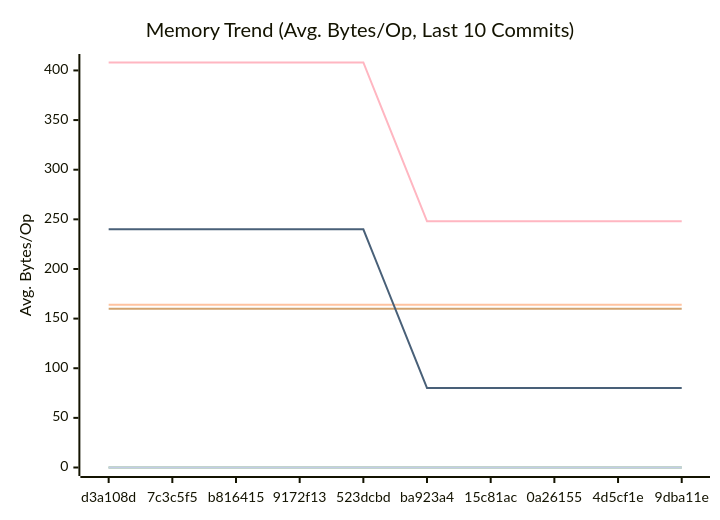
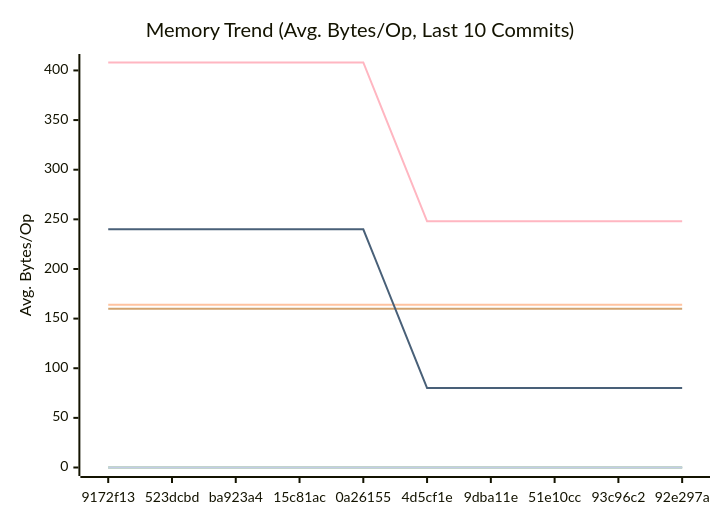
Before and after one commit to alsotoes/momo: the second of 3 diagrams in docs/PERFORMANCE.md, drawn with Mermaid. The commit also changed other lines of this file and 2 other files, not shown here.

````diff
--- a/docs/PERFORMANCE.md
+++ b/docs/PERFORMANCE.md
@@ -97,16 +97,16 @@
 ```mermaid
 xychart-beta
     title "Memory Trend (Avg. Bytes/Op, Last 10 Commits)"
     x-axis "Commit"
     y-axis "Avg. Bytes/Op"
-    x-axis [d3a108d,7c3c5f5,b816415,9172f13,523dcbd,ba923a4,15c81ac,0a26155,4d5cf1e,9dba11e]
+    x-axis [9172f13,523dcbd,ba923a4,15c81ac,0a26155,4d5cf1e,9dba11e,51e10cc,93c96c2,92e297a]
     line "CheckMetricsAndSwap" [0,0,0,0,0,0,0,0,0,0]
     line "CrushOptimized" [0,0,0,0,0,0,0,0,0,0]
     line "CrushOriginal" [164,164,164,164,164,164,164,164,164,164]
     line "IndexDirectTracking" [0,0,0,0,0,0,0,0,0,0]
     line "IndexSearch" [0,0,0,0,0,0,0,0,0,0]
     line "LoadGlobalConfig" [160,160,160,160,160,160,160,160,160,160]
     line "PadString" [0,0,0,0,0,0,0,0,0,0]
     line "ParseReplicationOrder_NoPrealloc" [408,408,408,408,408,248,248,248,248,248]
     line "ParseReplicationOrder_Prealloc" [240,240,240,240,240,80,80,80,80,80]
 ```
````
